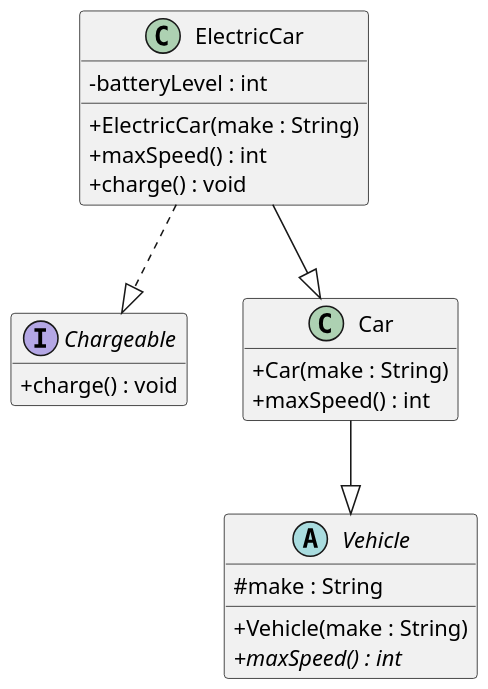
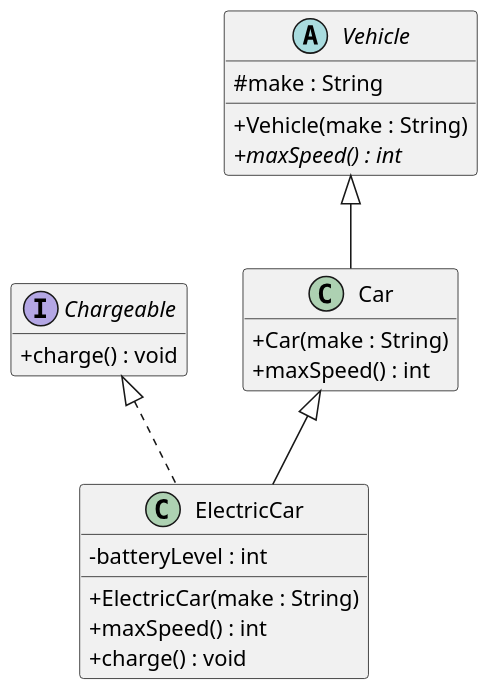
One commit to CSC207-UofT/207-course-notes changed the diagram in plantuml/uml-vehicles.puml. Above: the diagram before and after it, drawn with PlantUML. The commit also changed 7 other files, not shown here.

Commit message:
fix chapter 3 diagrams and add an exercise

```diff
--- a/plantuml/uml-vehicles.puml
+++ b/plantuml/uml-vehicles.puml
@@ -1,31 +1,31 @@
 @startuml
 skinparam dpi 150
 skinparam classAttributeIconSize 0
 hide empty members
 
 interface Chargeable {
   + charge() : void
 }
 
 abstract class Vehicle {
   # make : String
   + Vehicle(make : String)
   + {abstract} maxSpeed() : int
 }
 
 class Car {
   + Car(make : String)
   + maxSpeed() : int
 }
 
 class ElectricCar {
   - batteryLevel : int
   + ElectricCar(make : String)
   + maxSpeed() : int
   + charge() : void
 }
 
-Car --|> Vehicle
-ElectricCar --|> Car
-ElectricCar ..|> Chargeable
+Vehicle <|-- Car
+Car <|-- ElectricCar
+Chargeable <|.. ElectricCar
 @enduml
```
